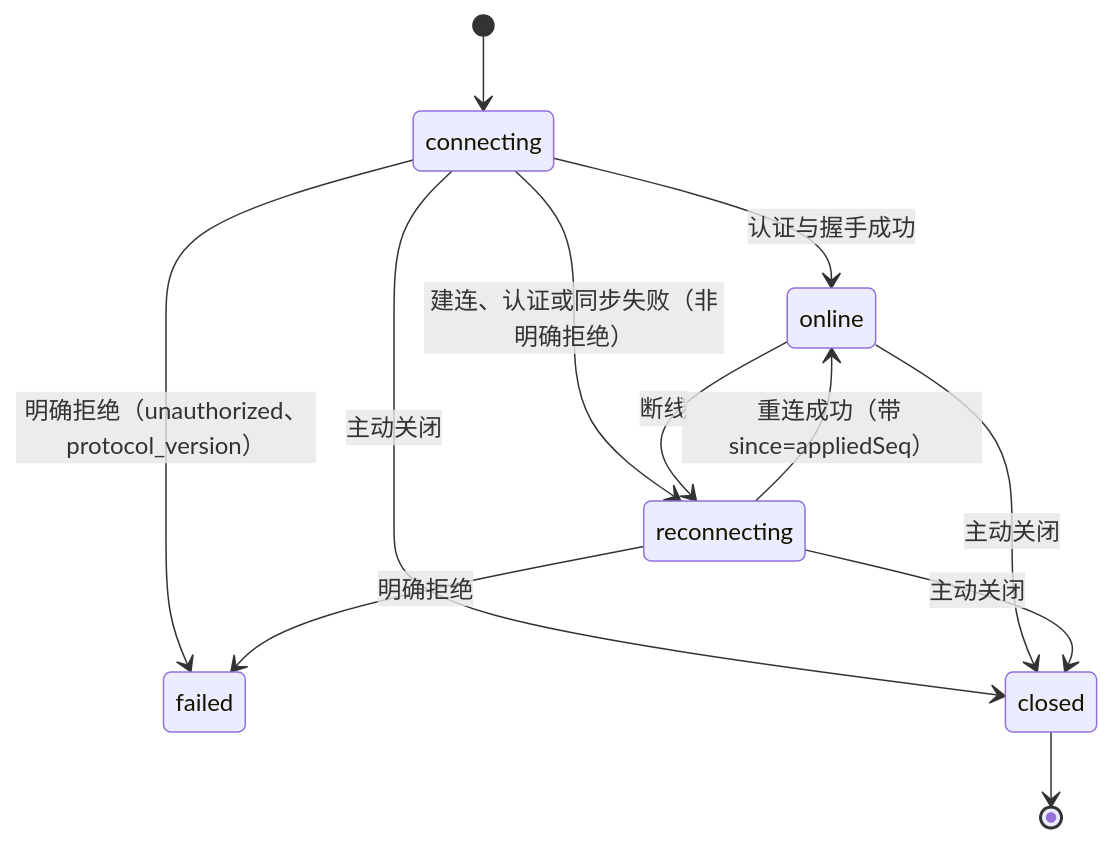
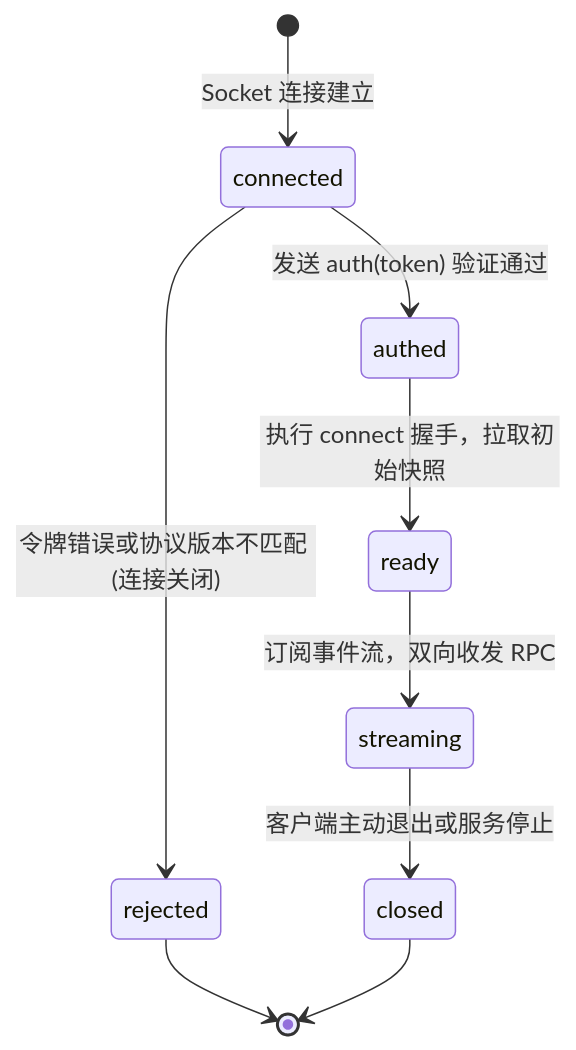
Before and after one commit to num-lab/Ruukoto: the first of 2 diagrams in docs/modules/control.md, drawn with Mermaid. The commit also changed other lines of this file and 19 other files, not shown here.

````diff
--- a/docs/modules/control.md
+++ b/docs/modules/control.md
@@ -126,14 +50,11 @@
 ```mermaid
 stateDiagram-v2
-    [*] --> connecting
-    connecting --> online: 认证与握手成功
-    connecting --> reconnecting: 建连、认证或同步失败（非明确拒绝）
-    connecting --> failed: 明确拒绝（unauthorized、protocol_version）
-    online --> reconnecting: 断线
-    reconnecting --> online: 重连成功（带 since=appliedSeq）
-    reconnecting --> failed: 明确拒绝
-    connecting --> closed: 主动关闭
-    online --> closed: 主动关闭
-    reconnecting --> closed: 主动关闭
-    closed --> [*]
+  [*] --> connected: Socket 连接建立
+  connected --> authed: 发送 auth(token) 验证通过
+  connected --> rejected: 令牌错误或协议版本不匹配 (连接关闭)
+  authed --> ready: 执行 connect 握手，拉取初始快照
+  ready --> streaming: 订阅事件流，双向收发 RPC
+  streaming --> closed: 客户端主动退出或服务停止
+  rejected --> [*]
+  closed --> [*]
 ```
````
